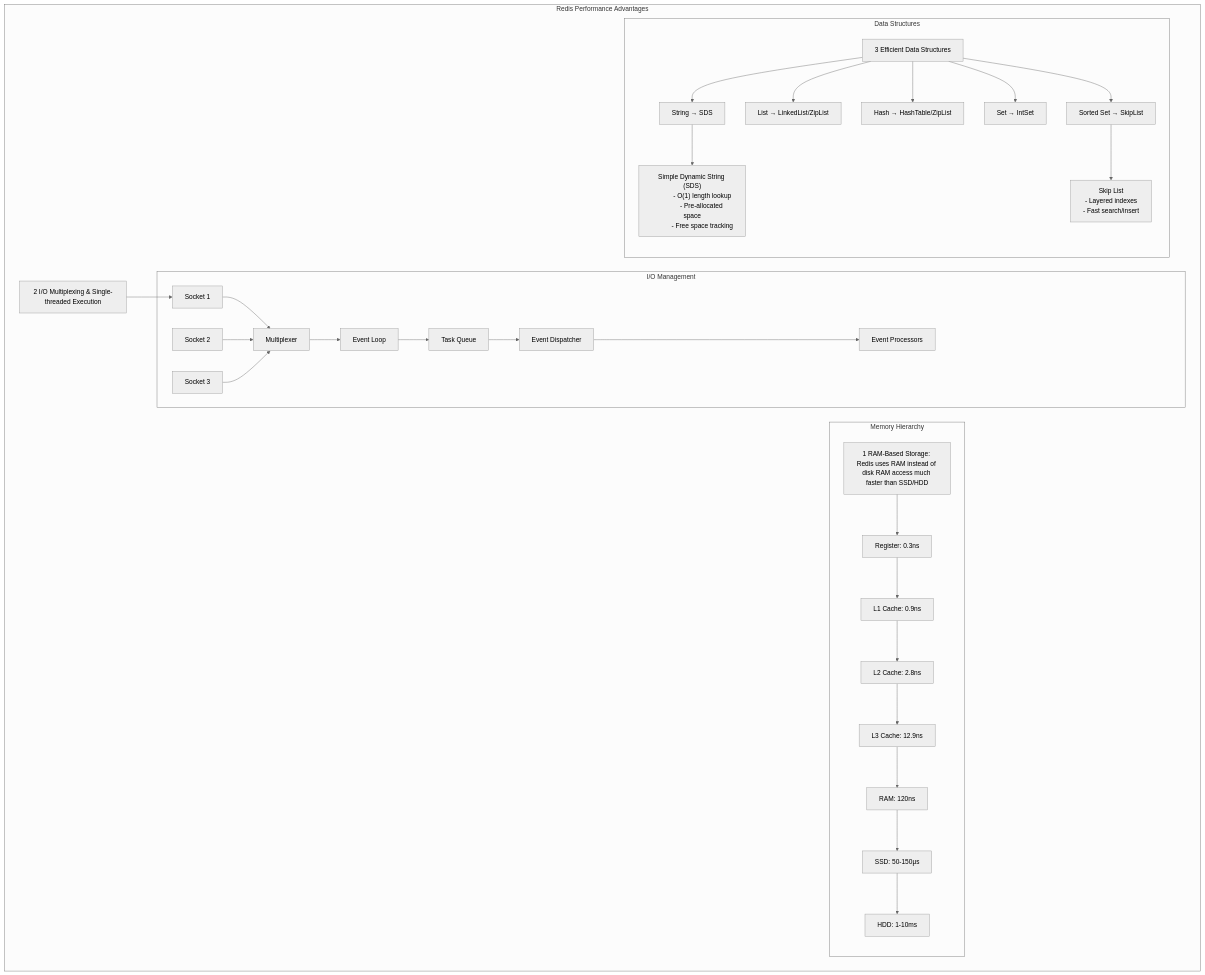
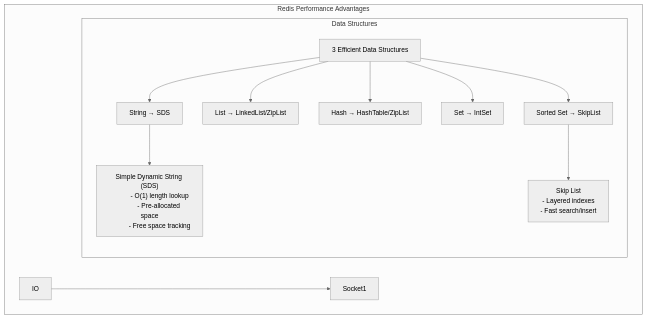
One commit to uwspstar/20-Day-Challenge-List changed the third of 3 diagrams in System Design/System Design Interview/为什么Redis如此快速.md. Above: the diagram before and after it, drawn with Mermaid (neutral theme).

````diff
--- a/System Design/System Design Interview/为什么Redis如此快速.md
+++ b/System Design/System Design Interview/为什么Redis如此快速.md
@@ -40,78 +92,36 @@
 ```mermaid
 flowchart TB
-    subgraph "Redis Performance Advantages"
-
-        RAM["1 RAM-Based Storage: Redis uses RAM instead of disk RAM access much faster than SSD/HDD"]
-
-        subgraph "Memory Hierarchy"
-            Register["Register: 0.3ns"]
-            L1["L1 Cache: 0.9ns"]
-            L2["L2 Cache: 2.8ns"]
-            L3["L3 Cache: 12.9ns"]
-            MainMem["RAM: 120ns"]
-            SSD["SSD: 50-150μs"]
-            HDD["HDD: 1-10ms"]
-        
-
-           RAM --> Register
-           Register --> L1
-           L1 --> L2
-           L2 --> L3
-           L3 --> MainMem
-           MainMem --> SSD
-           SSD --> HDD
-         end
- 
-        IO["2 I/O Multiplexing & Single-threaded Execution"]
-        
-        subgraph "I/O Management"
-            Socket1["Socket 1"]
-            Socket2["Socket 2"]
-            Socket3["Socket 3"]
-            Mux["Multiplexer"]
-            ELoop["Event Loop"]
-            Queue["Task Queue"]
-            Dispatch["Event Dispatcher"]
-            Process["Event Processors"]
-        
-        
-           Socket1 & Socket2 & Socket3 --> Mux
-           Mux --> ELoop
-           ELoop --> Queue
-           Queue --> Dispatch
-           Dispatch --> Process
-        end
-
+    subgraph "Redis Performance Advantages" 
         IO --> Socket1
 
         DS["3 Efficient Data Structures"]
         
         subgraph "Data Structures"
             String["String → SDS"]
             List["List → LinkedList/ZipList"]
             Hash["Hash → HashTable/ZipList"]
             Set["Set → IntSet"]
             ZSet["Sorted Set → SkipList"]
         
 
            SDS["Simple Dynamic String (SDS)
            - O(1) length lookup
            - Pre-allocated space
            - Free space tracking"]
    
            SkipList["Skip List
            - Layered indexes
            - Fast search/insert"]
    
            DS --> String
            DS --> List
            DS --> Hash
            DS --> Set
            DS --> ZSet
            
            String --> SDS
            ZSet --> SkipList
       end
 
     end
 ```
````
